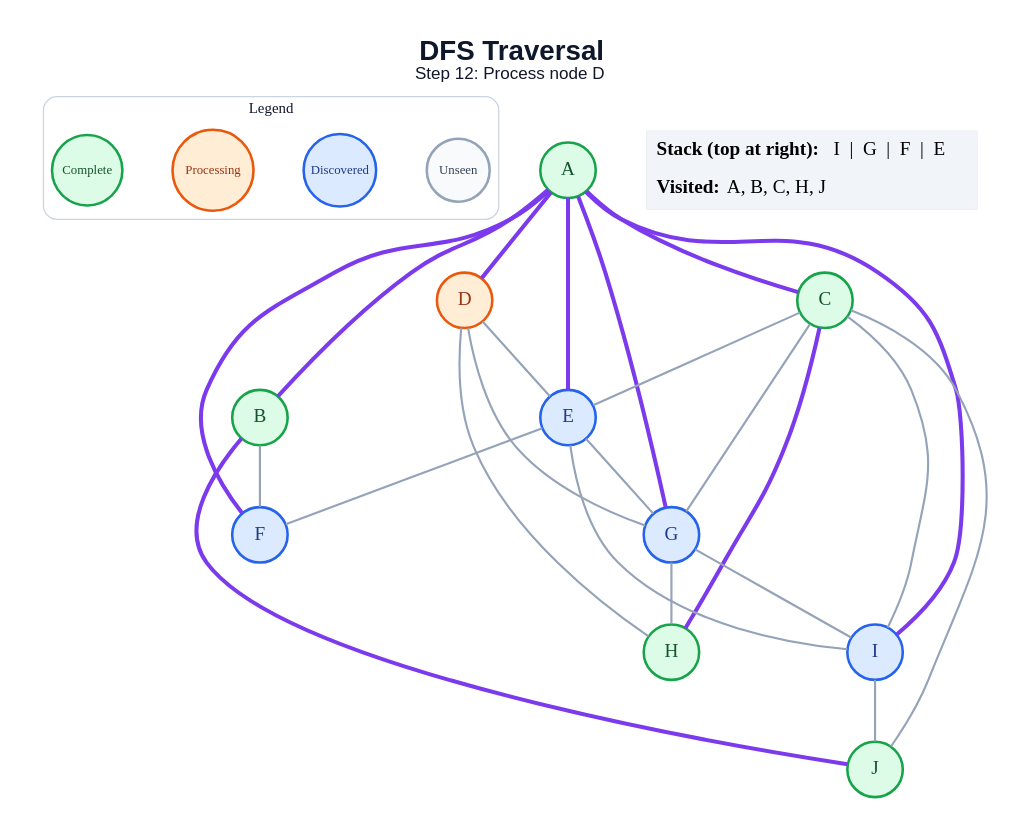
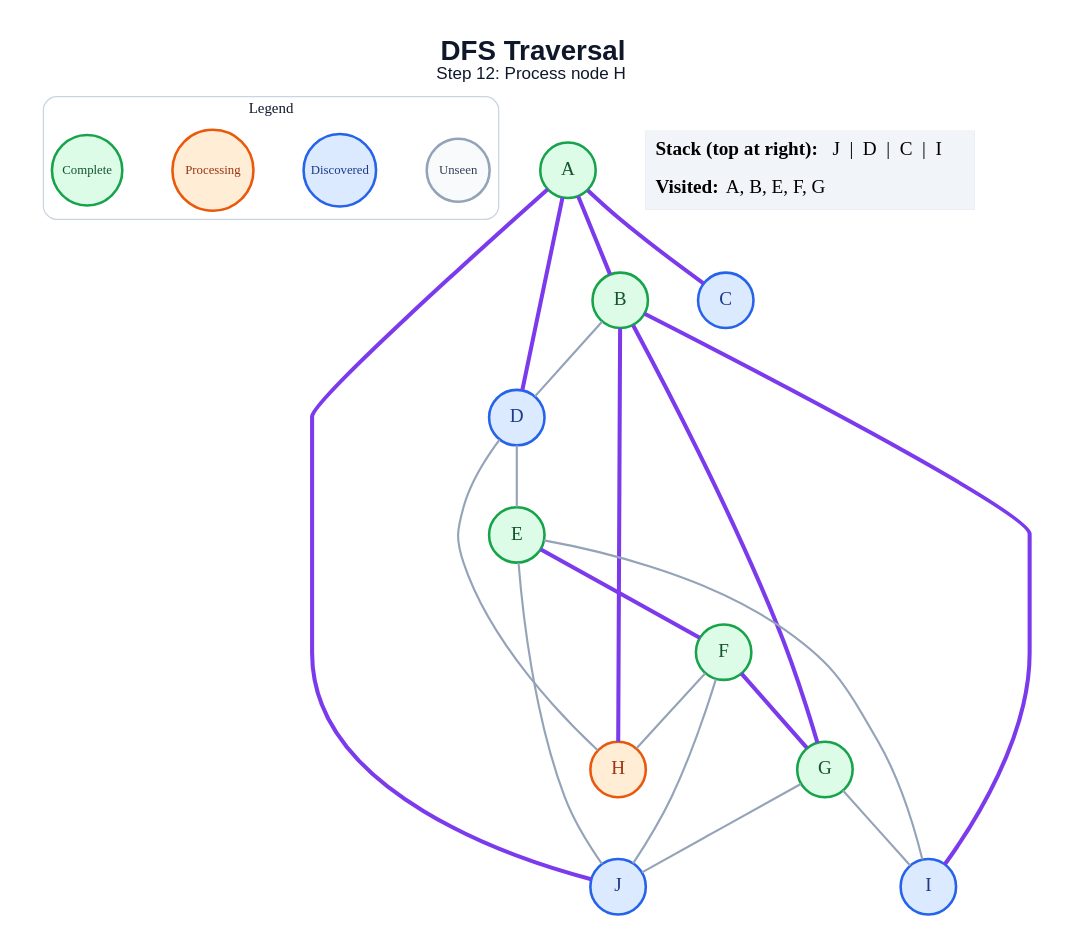
Before and after one commit to anon7238593-create/ai-slop: the diagram in generated/dfs/step_12.dot, drawn with Graphviz. The commit also changed 179 other files, not shown here.

```diff
--- a/generated/dfs/step_12.dot
+++ b/generated/dfs/step_12.dot
@@ -1,52 +1,47 @@
 graph traversal {
   graph [layout=dot, rankdir=TB, bgcolor="#FFFFFF", pad="0.35", nodesep="0.65", ranksep="0.8", fontname="Arial"];
   node [shape=circle, style="filled", fontname="Arial Bold", fontsize=18, width=0.72, fixedsize=true, penwidth=2.4];
   edge [color="#94A3B8", penwidth=2.0];
-  label=<<B>DFS Traversal</B><BR/><FONT POINT-SIZE="16">Step 12: Process node D</FONT>>; labelloc="t"; fontsize=26; fontname="Arial"; fontcolor="#0F172A";
+  label=<<B>DFS Traversal</B><BR/><FONT POINT-SIZE="16">Step 12: Process node H</FONT>>; labelloc="t"; fontsize=26; fontname="Arial"; fontcolor="#0F172A";
   subgraph cluster_legend { label="Legend"; color="#CBD5E1"; penwidth=1.2; style="rounded"; fontsize=14; fontname="Arial Bold";
     key_unseen [label="Unseen", fillcolor="#F8FAFC", color="#94A3B8", fontcolor="#334155", fontsize=12, width=0.82];
     key_frontier [label="Discovered", fillcolor="#DBEAFE", color="#2563EB", fontcolor="#1E3A8A", fontsize=12, width=0.95];
     key_current [label="Processing", fillcolor="#FFEDD5", color="#EA580C", fontcolor="#9A3412", fontsize=12, width=1.05];
     key_done [label="Complete", fillcolor="#DCFCE7", color="#16A34A", fontcolor="#14532D", fontsize=12, width=0.92];
     { rank=same; key_unseen; key_frontier; key_current; key_done; }
   }
   A [fillcolor="#DCFCE7", color="#16A34A", fontcolor="#14532D"];
   B [fillcolor="#DCFCE7", color="#16A34A", fontcolor="#14532D"];
-  C [fillcolor="#DCFCE7", color="#16A34A", fontcolor="#14532D"];
-  D [fillcolor="#FFEDD5", color="#EA580C", fontcolor="#9A3412"];
-  E [fillcolor="#DBEAFE", color="#2563EB", fontcolor="#1E3A8A"];
-  F [fillcolor="#DBEAFE", color="#2563EB", fontcolor="#1E3A8A"];
-  G [fillcolor="#DBEAFE", color="#2563EB", fontcolor="#1E3A8A"];
-  H [fillcolor="#DCFCE7", color="#16A34A", fontcolor="#14532D"];
+  C [fillcolor="#DBEAFE", color="#2563EB", fontcolor="#1E3A8A"];
+  D [fillcolor="#DBEAFE", color="#2563EB", fontcolor="#1E3A8A"];
+  E [fillcolor="#DCFCE7", color="#16A34A", fontcolor="#14532D"];
+  F [fillcolor="#DCFCE7", color="#16A34A", fontcolor="#14532D"];
+  G [fillcolor="#DCFCE7", color="#16A34A", fontcolor="#14532D"];
+  H [fillcolor="#FFEDD5", color="#EA580C", fontcolor="#9A3412"];
   I [fillcolor="#DBEAFE", color="#2563EB", fontcolor="#1E3A8A"];
-  J [fillcolor="#DCFCE7", color="#16A34A", fontcolor="#14532D"];
+  J [fillcolor="#DBEAFE", color="#2563EB", fontcolor="#1E3A8A"];
   A -- B [color="#7C3AED", penwidth=3.8];
   A -- C [color="#7C3AED", penwidth=3.8];
   A -- D [color="#7C3AED", penwidth=3.8];
-  A -- E [color="#7C3AED", penwidth=3.8];
-  A -- F [color="#7C3AED", penwidth=3.8];
-  A -- G [color="#7C3AED", penwidth=3.8];
-  A -- I [color="#7C3AED", penwidth=3.8];
-  B -- F;
-  B -- J [color="#7C3AED", penwidth=3.8];
-  C -- E;
-  C -- G;
-  C -- H [color="#7C3AED", penwidth=3.8];
-  C -- I;
-  C -- J;
+  A -- J [color="#7C3AED", penwidth=3.8];
+  B -- D;
+  B -- G [color="#7C3AED", penwidth=3.8];
+  B -- H [color="#7C3AED", penwidth=3.8];
+  B -- I [color="#7C3AED", penwidth=3.8];
   D -- E;
-  D -- G;
   D -- H;
-  E -- F;
-  E -- G;
+  E -- F [color="#7C3AED", penwidth=3.8];
   E -- I;
-  G -- H;
+  E -- J;
+  F -- G [color="#7C3AED", penwidth=3.8];
+  F -- H;
+  F -- J;
   G -- I;
-  I -- J;
+  G -- J;
   status [shape=plain, fixedsize=false, width=0, height=0, margin=0, label=<
     <TABLE BORDER="0" CELLBORDER="0" CELLPADDING="7" BGCOLOR="#F1F5F9">
-      <TR><TD ALIGN="LEFT"><B>Stack (top at right):</B> I  |  G  |  F  |  E</TD></TR>
-      <TR><TD ALIGN="LEFT"><B>Visited:</B> A, B, C, H, J</TD></TR>
+      <TR><TD ALIGN="LEFT"><B>Stack (top at right):</B> J  |  D  |  C  |  I</TD></TR>
+      <TR><TD ALIGN="LEFT"><B>Visited:</B> A, B, E, F, G</TD></TR>
     </TABLE>
   >];
 }
```
